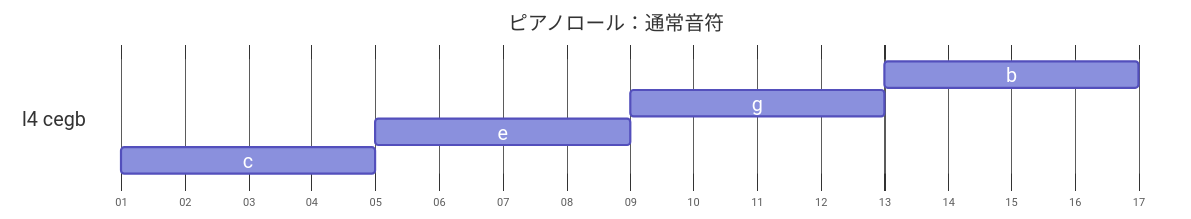
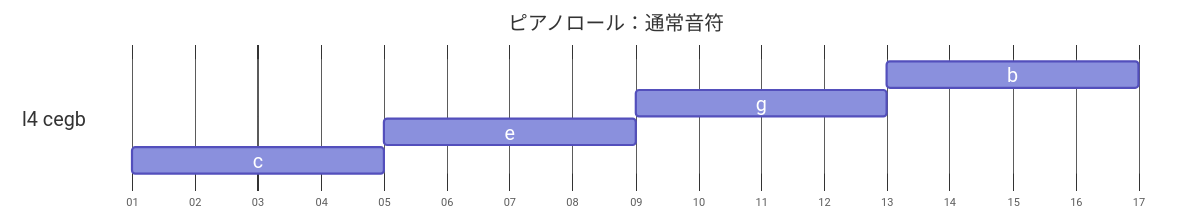
One commit to lineardrive/V3MMLmanual changed the first of 4 diagrams in docs/ch09/9_2.md. Above: the diagram before and after it, drawn with Mermaid. The commit also changed other lines of this file, not shown here.

````diff
--- a/docs/ch09/9_2.md
+++ b/docs/ch09/9_2.md
@@ -23,33 +23,33 @@
 ```mermaid
 ---
 config:
   themeCSS: >-
     .tick text { display: none; }
     .taskTextDone { fill: transparent !important; }
   themeVariables:
     excludeBkgColor: "transparent"
     sectionBkgColor: "#fff"
     doneTaskTextColor: "transparent"
     doneTaskBkgColor: "transparent"
     doneTaskBorderColor: "transparent"
   gantt:
     topPadding: 64
     titleTopMargin: 35
     barHeight: 24
     barGap: 2
     fontSize: 18
     sectionFontSize: 18
-    leftPadding: 100
+    leftPadding: 110
 ---
 gantt
     title ピアノロール：通常音符
     dateFormat YYYY-MM-DD
     tickInterval 1day
     axisFormat %d
 
     section l4 cegb
         b :       t4,   after t3, 4d
         g :       t3,   after t2, 4d
         e :       t2,   after t1, 4d
         c :       t1, 2025-01-01, 4d
 ```
````
